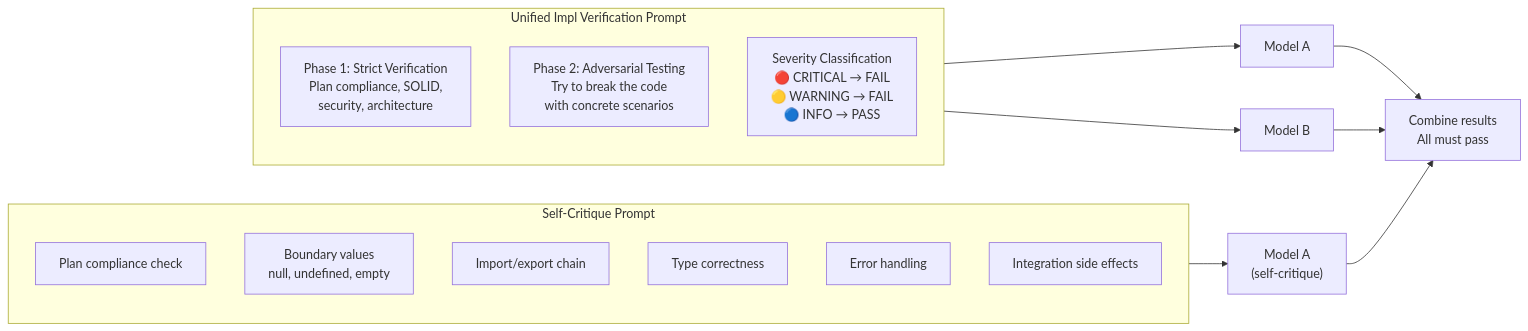
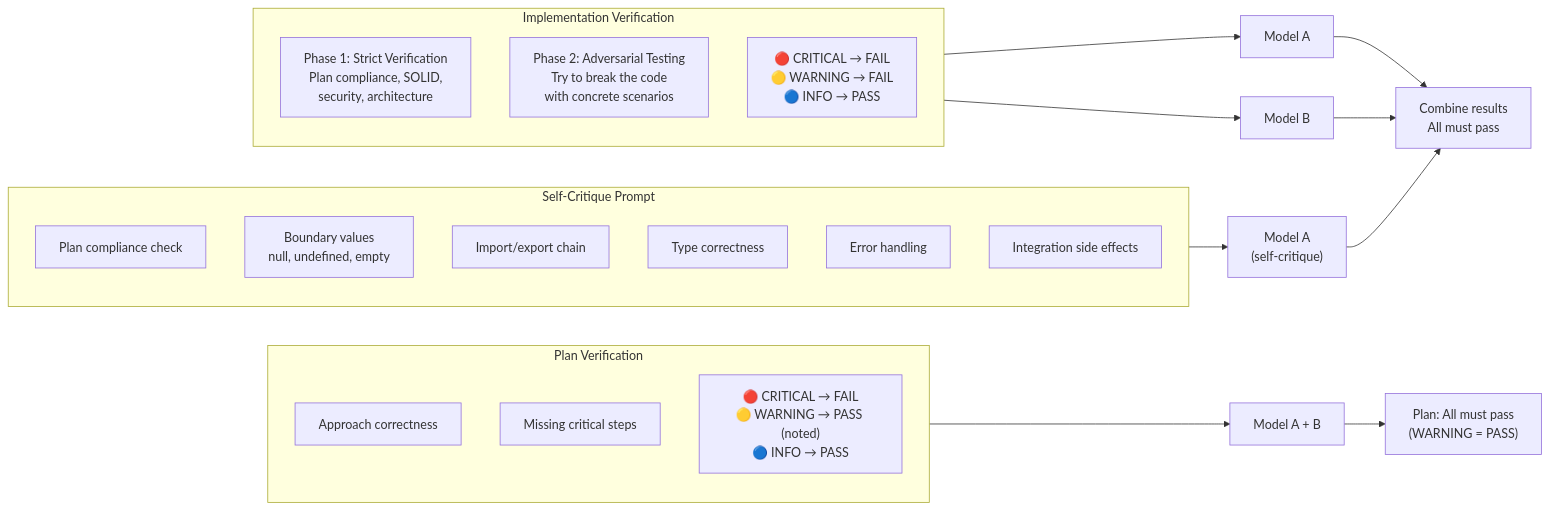
Before and after one commit to popododo0720/pi-stuff: the second of 7 diagrams in ARCHITECTURE.md, drawn with Mermaid. The commit also changed other lines of this file and 15 other files, not shown here.

````diff
--- a/ARCHITECTURE.md
+++ b/ARCHITECTURE.md
@@ -77,24 +79,32 @@
 ```mermaid
 flowchart LR
-    subgraph Prompt["Unified Impl Verification Prompt"]
+    subgraph PlanVerify["Plan Verification"]
+        PP1["Approach correctness"]
+        PP2["Missing critical steps"]
+        PP3["🔴 CRITICAL → FAIL<br/>🟡 WARNING → PASS (noted)<br/>🔵 INFO → PASS"]
+    end
+
+    subgraph ImplVerify["Implementation Verification"]
         P1["Phase 1: Strict Verification<br/>Plan compliance, SOLID,<br/>security, architecture"]
         P2["Phase 2: Adversarial Testing<br/>Try to break the code<br/>with concrete scenarios"]
-        P3["Severity Classification<br/>🔴 CRITICAL → FAIL<br/>🟡 WARNING → FAIL<br/>🔵 INFO → PASS"]
+        P3["🔴 CRITICAL → FAIL<br/>🟡 WARNING → FAIL<br/>🔵 INFO → PASS"]
     end
 
     subgraph SelfCritique["Self-Critique Prompt"]
         SC1["Plan compliance check"]
         SC2["Boundary values<br/>null, undefined, empty"]
         SC3["Import/export chain"]
         SC4["Type correctness"]
         SC5["Error handling"]
         SC6["Integration side effects"]
     end
 
-    Prompt --> MODEL_A["Model A"]
-    Prompt --> MODEL_B["Model B"]
+    PlanVerify --> MODEL_P["Model A + B"]
+    ImplVerify --> MODEL_A["Model A"]
+    ImplVerify --> MODEL_B["Model B"]
     SelfCritique --> MODEL_SC["Model A<br/>(self-critique)"]
     MODEL_A --> COMBINE["Combine results<br/>All must pass"]
     MODEL_B --> COMBINE
     MODEL_SC --> COMBINE
+    MODEL_P --> COMBINE_P["Plan: All must pass<br/>(WARNING = PASS)"]
 ```
````
